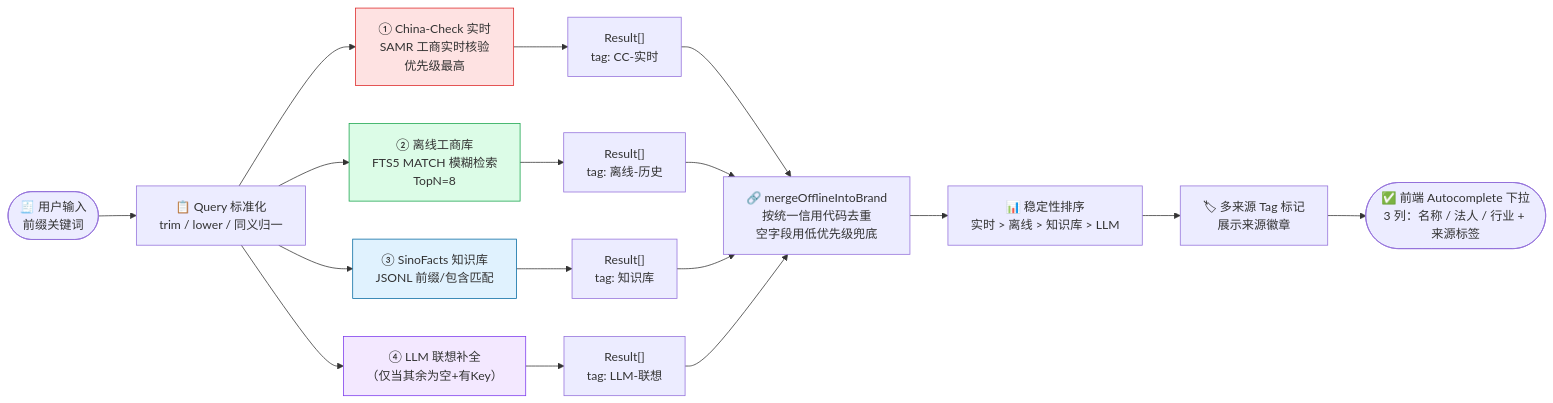
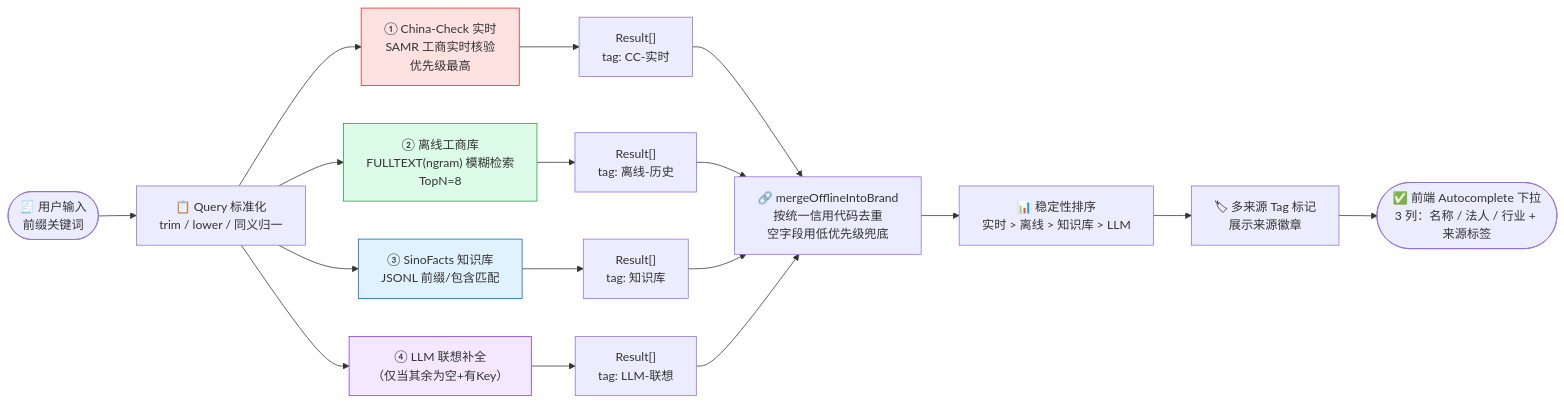
One commit to deep2code/geo changed diagram 15 of 31 in docs/architecture.md. Above: the diagram before and after it, drawn with Mermaid. The commit also changed other lines of this file and 26 other files, not shown here.

````diff
--- a/docs/architecture.md
+++ b/docs/architecture.md
@@ -390,24 +390,24 @@
 ```mermaid
 flowchart LR
     INPUT(["🧾 用户输入<br/>前缀关键词"]) --> Q["📋 Query 标准化<br/>trim / lower / 同义归一"]
 
     Q --> P1["① China-Check 实时<br/>SAMR 工商实时核验<br/>优先级最高"]
-    Q --> P2["② 离线工商库<br/>FTS5 MATCH 模糊检索<br/>TopN=8"]
+    Q --> P2["② 离线工商库<br/>FULLTEXT(ngram) 模糊检索<br/>TopN=8"]
     Q --> P3["③ SinoFacts 知识库<br/>JSONL 前缀/包含匹配"]
     Q --> P4["④ LLM 联想补全<br/>（仅当其余为空+有Key）"]
 
     P1 --> R1["Result[]<br/>tag: CC-实时"]
     P2 --> R2["Result[]<br/>tag: 离线-历史"]
     P3 --> R3["Result[]<br/>tag: 知识库"]
     P4 --> R4["Result[]<br/>tag: LLM-联想"]
 
     R1 & R2 & R3 & R4 --> MERGE["🔗 mergeOfflineIntoBrand<br/>按统一信用代码去重<br/>空字段用低优先级兜底"]
     MERGE --> SORT["📊 稳定性排序<br/>实时 > 离线 > 知识库 > LLM"]
     SORT --> TAG["🏷 多来源 Tag 标记<br/>展示来源徽章"]
     TAG --> OUT(["✅ 前端 Autocomplete 下拉<br/>3 列：名称 / 法人 / 行业 + 来源标签"])
 
     style P1 fill:#fee2e2,stroke:#dc2626
     style P2 fill:#dcfce7,stroke:#16a34a
     style P3 fill:#e0f2fe,stroke:#0369a1
     style P4 fill:#f3e8ff,stroke:#7c3aed
 ```
````
